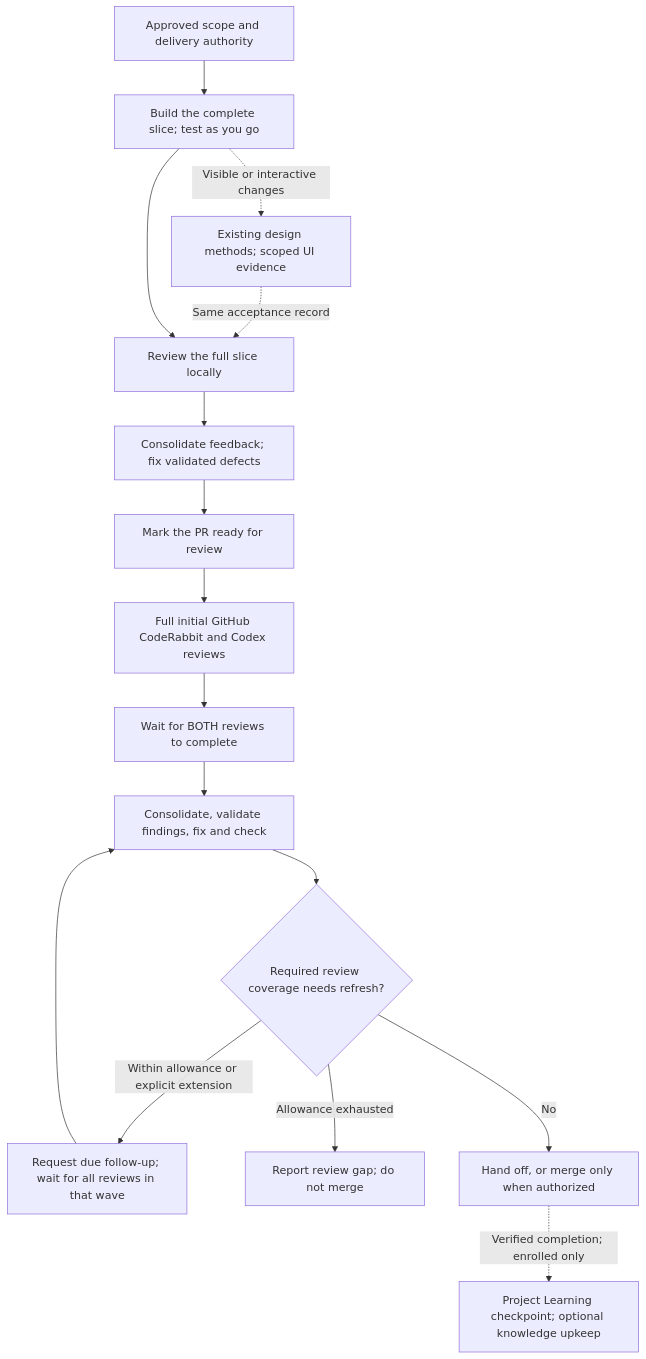
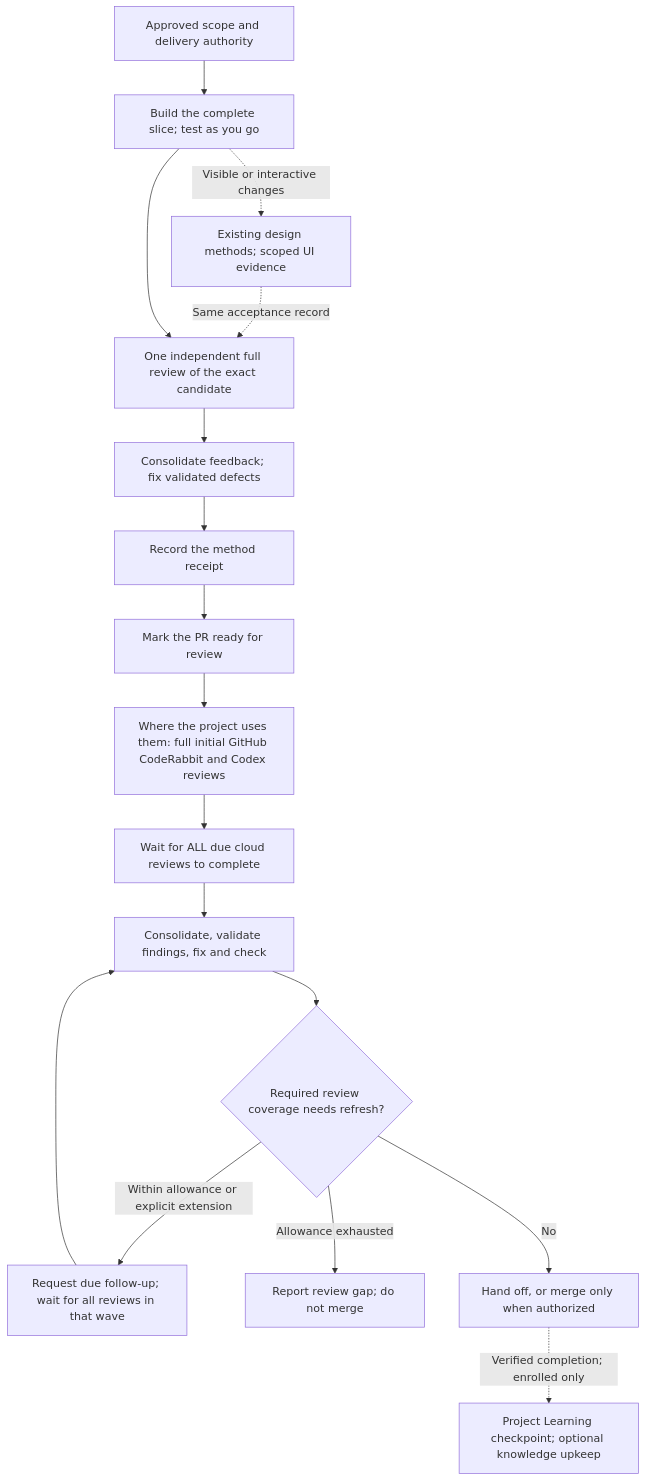
The third of 4 diagrams in README.md (digitalpilipinas/rogemar-agent-toolkit), drawn with Mermaid before and after one commit. The commit also changed other lines of this file and 31 other files, not shown here.

````diff
--- a/README.md
+++ b/README.md
@@ -308,18 +483,19 @@
 ```mermaid
 flowchart TD
     plan["Approved scope and delivery authority"] --> build["Build the complete slice; test as you go"]
     build -. "Visible or interactive changes" .-> ui["Existing design methods; scoped UI evidence"]
     ui -. "Same acceptance record" .-> local
-    build --> local["Review the full slice locally"]
+    build --> local["One independent full review of the exact candidate"]
     local --> fixes["Consolidate feedback; fix validated defects"]
-    fixes --> ready["Mark the PR ready for review"]
-    ready --> cloud["Full initial GitHub CodeRabbit and Codex reviews"]
-    cloud --> both["Wait for BOTH reviews to complete"]
+    fixes --> receipt["Record the method receipt"]
+    receipt --> ready["Mark the PR ready for review"]
+    ready --> cloud["Where the project uses them: full initial GitHub CodeRabbit and Codex reviews"]
+    cloud --> both["Wait for ALL due cloud reviews to complete"]
     both --> finish["Consolidate, validate findings, fix and check"]
     finish --> due{"Required review coverage needs refresh?"}
     due -->|"Within allowance or explicit extension"| follow["Request due follow-up; wait for all reviews in that wave"]
     follow --> finish
     due -->|"Allowance exhausted"| blocked["Report review gap; do not merge"]
     due -->|"No"| handoff["Hand off, or merge only when authorized"]
     handoff -. "Verified completion; enrolled only" .-> learn["Project Learning checkpoint; optional knowledge upkeep"]
 ```
````
